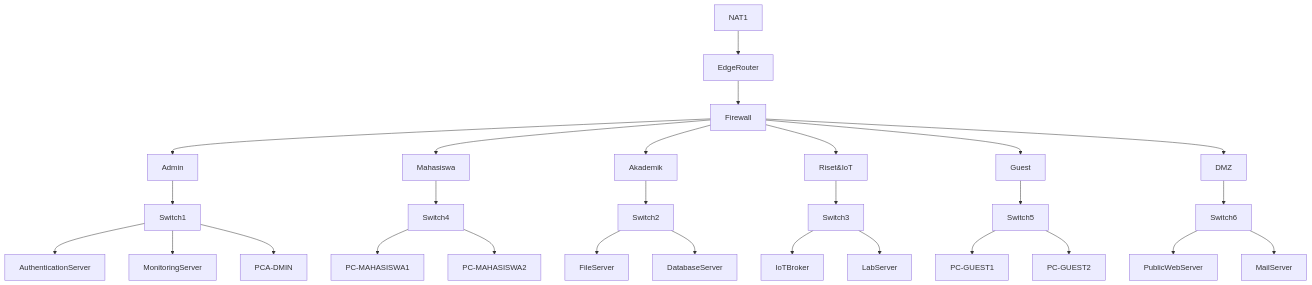
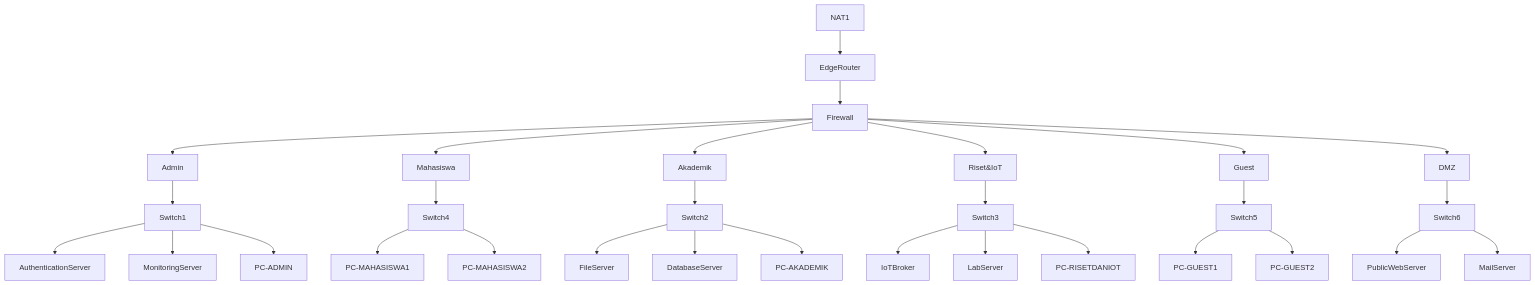
Before and after one commit to zelebwr/its-secure-network-challenge: the diagram in note.md, drawn with Mermaid. The commit also changed other lines of this file and 30 other files, not shown here.

````diff
--- a/note.md
+++ b/note.md
@@ -9,12 +9,12 @@
 ```mermaid
 graph TD;
     NAT1-->EdgeRouter;
     EdgeRouter-->Firewall;
     Firewall-->Admin & Mahasiswa & Akademik & Riset&IoT & Guest & DMZ;
-    Admin-->Switch1-->AuthenticationServer & MonitoringServer & PCA-DMIN;
-    Akademik-->Switch2-->FileServer & DatabaseServer;
-    Riset&IoT-->Switch3-->IoTBroker & LabServer;
+    Admin-->Switch1-->AuthenticationServer & MonitoringServer & PC-ADMIN;
+    Akademik-->Switch2-->FileServer & DatabaseServer & PC-AKADEMIK;
+    Riset&IoT-->Switch3-->IoTBroker & LabServer & PC-RISETDANIOT;
     Mahasiswa-->Switch4-->PC-MAHASISWA1 & PC-MAHASISWA2;
 	Guest-->Switch5-->PC-GUEST1 & PC-GUEST2;
 	DMZ-->Switch6-->PublicWebServer & MailServer;
 ```
````
